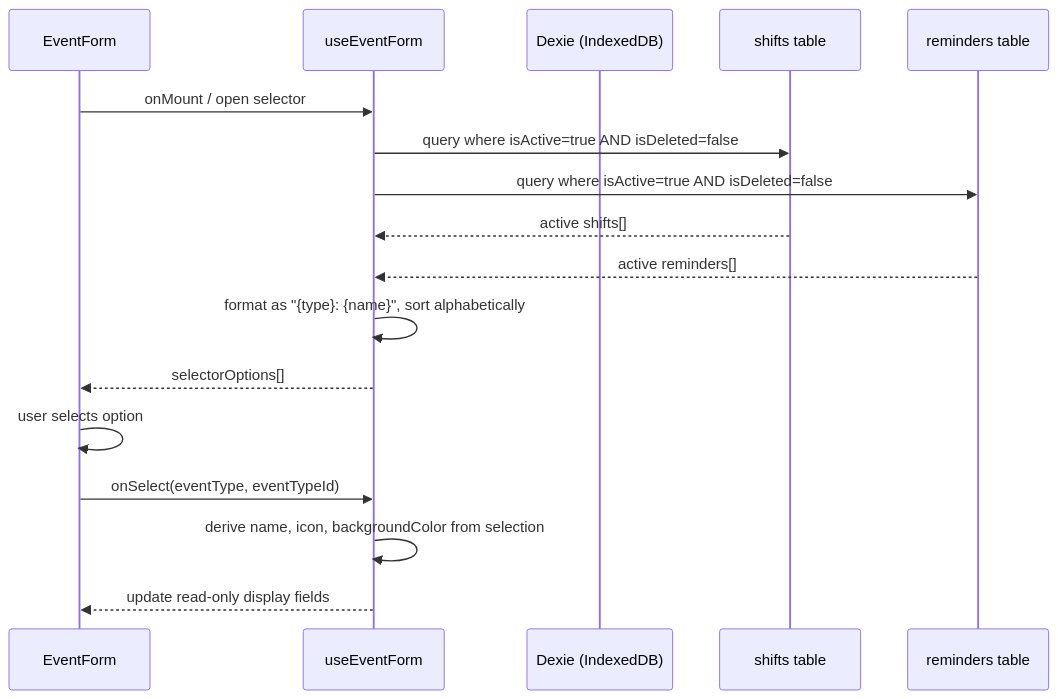
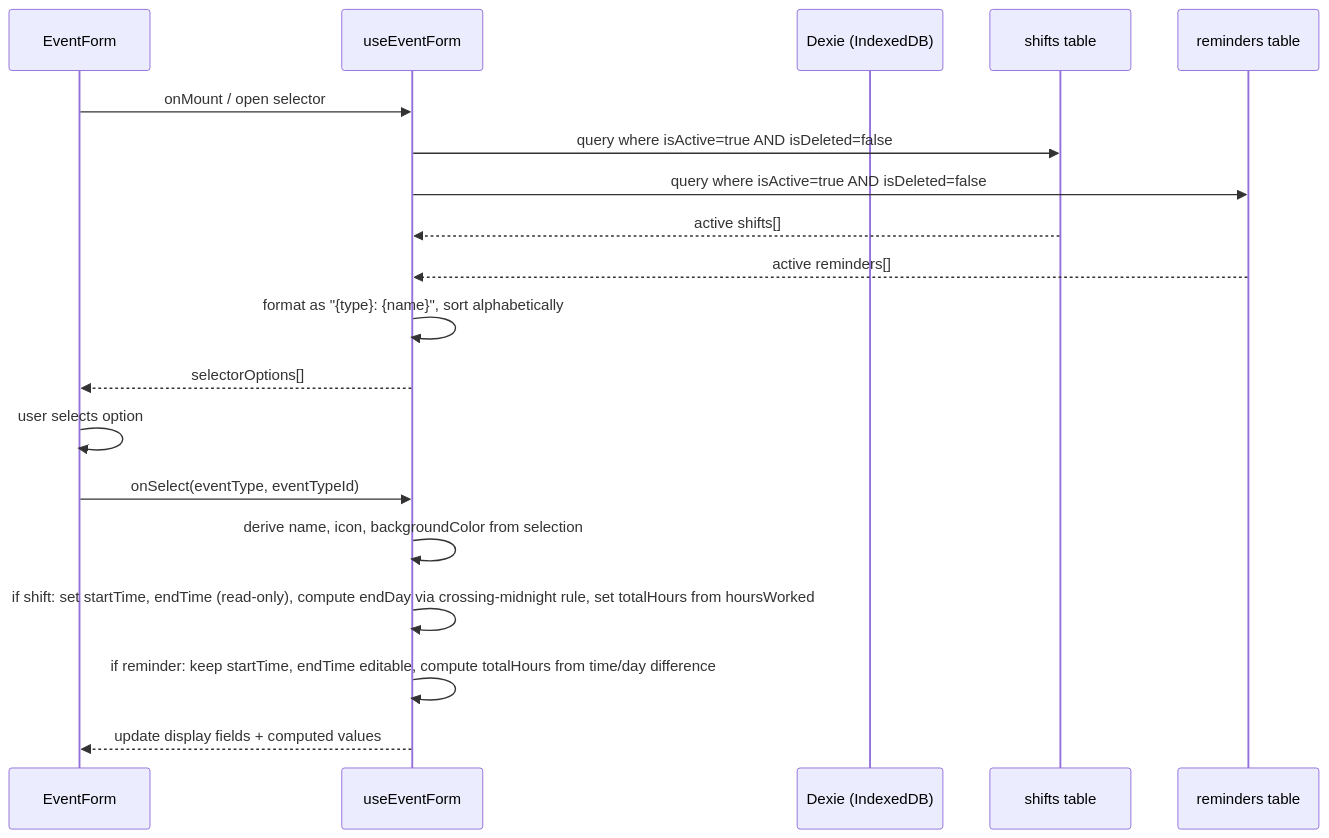
One commit to ramgaralf/codenized-planixor changed the second of 2 diagrams in .kiro/specs/gh8-calendar-event-management/design.md. Above: the diagram before and after it, drawn with Mermaid. The commit also changed other lines of this file and 1 other file, not shown here.

Commit message:
docs: update gh8 design and tasks for multi-day model migration

````diff
--- a/.kiro/specs/gh8-calendar-event-management/design.md
+++ b/.kiro/specs/gh8-calendar-event-management/design.md
@@ -340,20 +370,22 @@
 ```mermaid
 sequenceDiagram
     participant Form as EventForm
     participant Hook as useEventForm
     participant DB as Dexie (IndexedDB)
     participant Shifts as shifts table
     participant Reminders as reminders table
 
     Form->>Hook: onMount / open selector
     Hook->>Shifts: query where isActive=true AND isDeleted=false
     Hook->>Reminders: query where isActive=true AND isDeleted=false
     Shifts-->>Hook: active shifts[]
     Reminders-->>Hook: active reminders[]
     Hook->>Hook: format as "{type}: {name}", sort alphabetically
     Hook-->>Form: selectorOptions[]
     Form->>Form: user selects option
     Form->>Hook: onSelect(eventType, eventTypeId)
     Hook->>Hook: derive name, icon, backgroundColor from selection
-    Hook-->>Form: update read-only display fields
+    Hook->>Hook: if shift: set startTime, endTime (read-only), compute endDay via crossing-midnight rule, set totalHours from hoursWorked
+    Hook->>Hook: if reminder: keep startTime, endTime editable, compute totalHours from time/day difference
+    Hook-->>Form: update display fields + computed values
 ```
````
